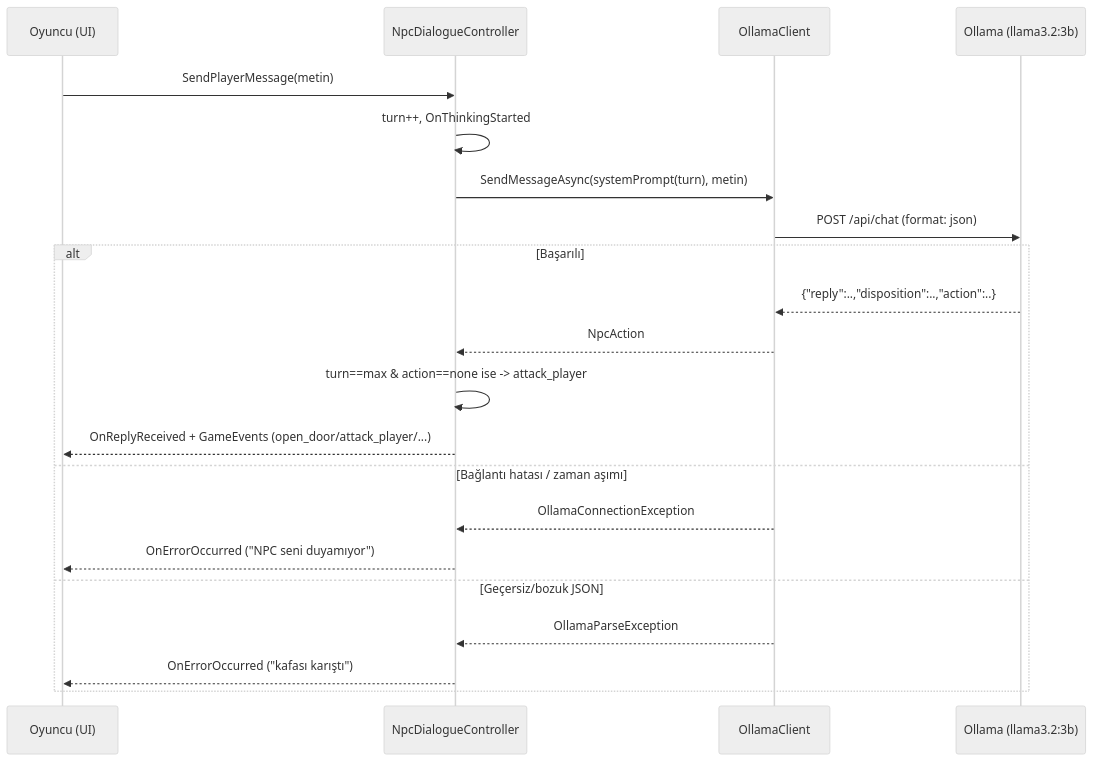
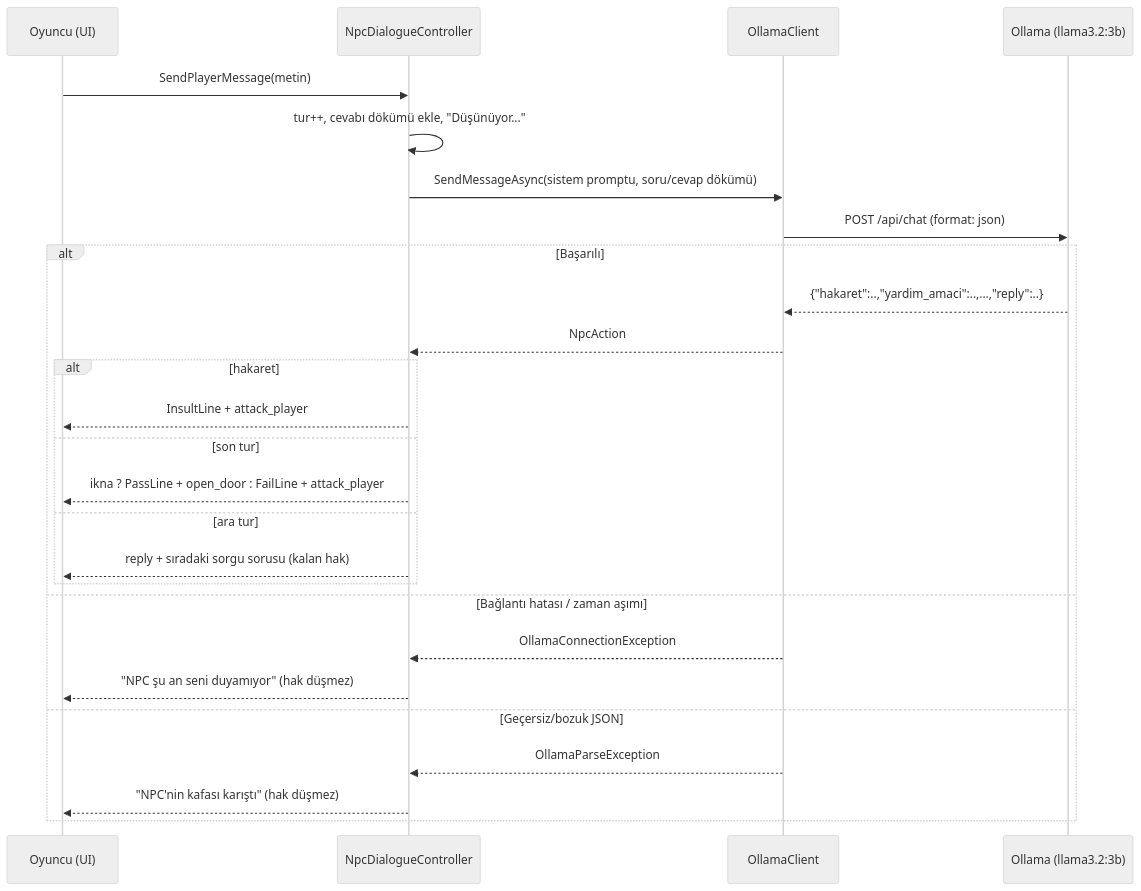
Before and after one commit to ArasAkbulut/yazlab-macera-oyunu: the second of 2 diagrams in README.md, drawn with Mermaid (neutral theme). The commit also changed other lines of this file and 15 other files, not shown here.

````diff
--- a/README.md
+++ b/README.md
@@ -87,24 +171,29 @@
 ```mermaid
 sequenceDiagram
     participant P as Oyuncu (UI)
     participant C as NpcDialogueController
     participant O as OllamaClient
     participant L as Ollama (llama3.2:3b)
 
     P->>C: SendPlayerMessage(metin)
-    C->>C: turn++, OnThinkingStarted
-    C->>O: SendMessageAsync(systemPrompt(turn), metin)
+    C->>C: tur++, cevabı dökümü ekle, "Düşünüyor..."
+    C->>O: SendMessageAsync(sistem promptu, soru/cevap dökümü)
     O->>L: POST /api/chat (format: json)
     alt Başarılı
-        L-->>O: {"reply":..,"disposition":..,"action":..}
+        L-->>O: {"hakaret":..,"yardim_amaci":..,...,"reply":..}
         O-->>C: NpcAction
-        C->>C: turn==max & action==none ise -> attack_player
-        C-->>P: OnReplyReceived + GameEvents (open_door/attack_player/...)
+        alt hakaret
+            C-->>P: InsultLine + attack_player
+        else son tur
+            C-->>P: ikna ? PassLine + open_door : FailLine + attack_player
+        else ara tur
+            C-->>P: reply + sıradaki sorgu sorusu (kalan hak)
+        end
     else Bağlantı hatası / zaman aşımı
         O-->>C: OllamaConnectionException
-        C-->>P: OnErrorOccurred ("NPC seni duyamıyor")
+        C-->>P: "NPC şu an seni duyamıyor" (hak düşmez)
     else Geçersiz/bozuk JSON
         O-->>C: OllamaParseException
-        C-->>P: OnErrorOccurred ("kafası karıştı")
+        C-->>P: "NPC'nin kafası karıştı" (hak düşmez)
     end
 ```
````
